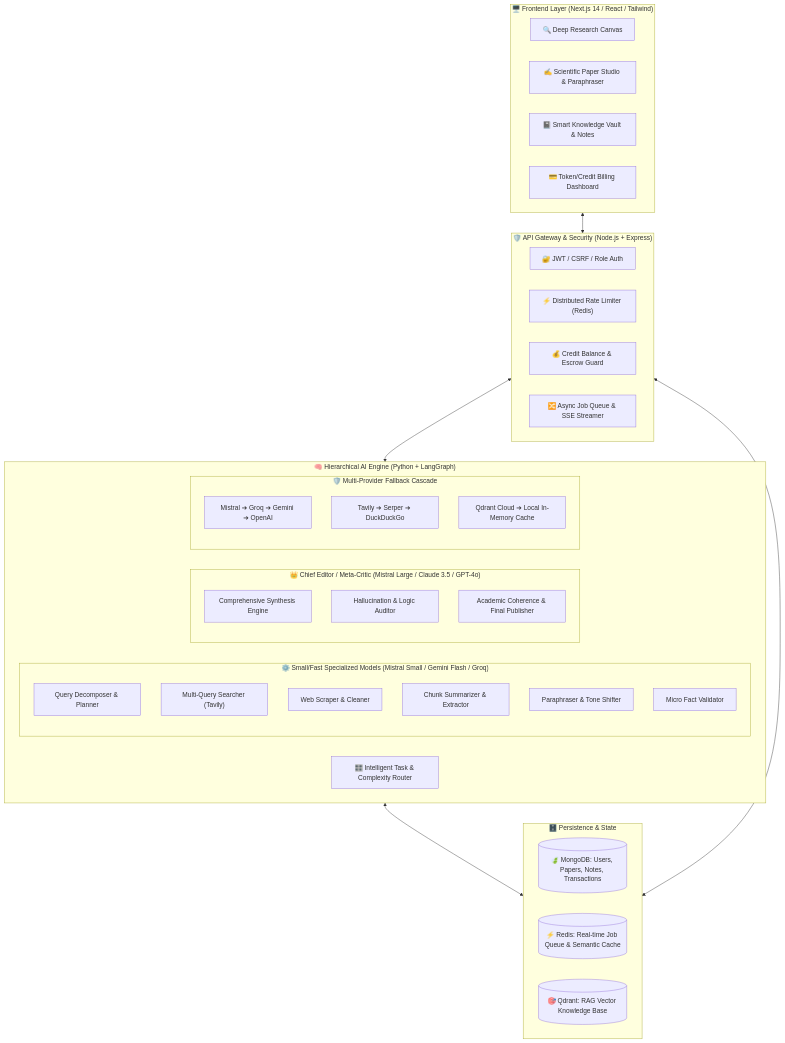
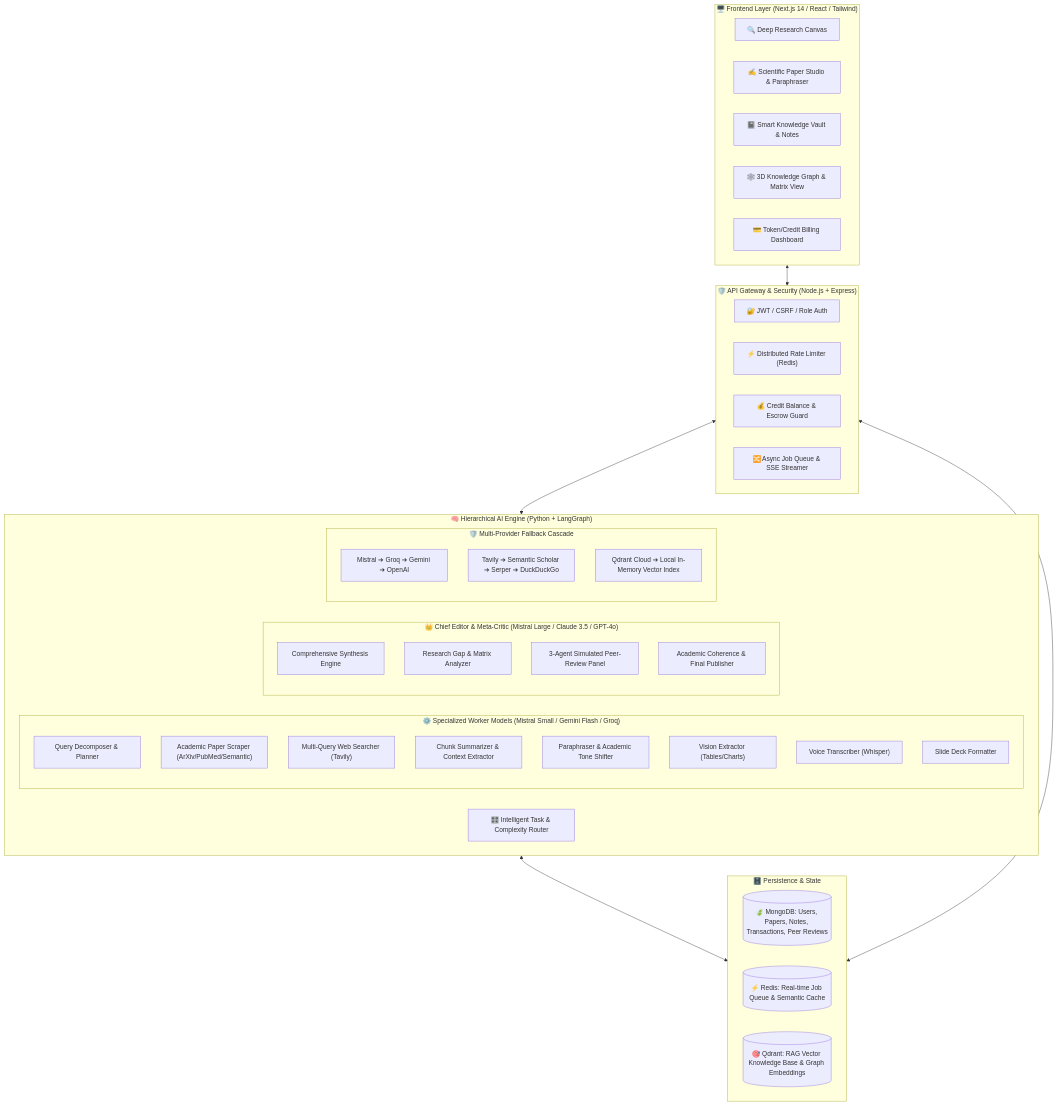
One commit to Anthic/MultiAgentPart-Backend-New changed the first of 3 diagrams in SYSTEM_ARCHITECTURE_AND_ROADMAP.md. Above: the diagram before and after it, drawn with Mermaid. The commit also changed other lines of this file, not shown here.

Commit message:
docs: update system architecture and roadmap documentation

````diff
--- a/SYSTEM_ARCHITECTURE_AND_ROADMAP.md
+++ b/SYSTEM_ARCHITECTURE_AND_ROADMAP.md
@@ -26,52 +35,56 @@
 ```mermaid
 flowchart TB
     subgraph ClientLayer ["🖥️ Frontend Layer (Next.js 14 / React / Tailwind)"]
         UI_Search["🔍 Deep Research Canvas"]
         UI_Editor["✍️ Scientific Paper Studio & Paraphraser"]
         UI_Notes["📓 Smart Knowledge Vault & Notes"]
+        UI_Visual["🕸️ 3D Knowledge Graph & Matrix View"]
         UI_Billing["💳 Token/Credit Billing Dashboard"]
     end
 
     subgraph GatewayLayer ["🛡️ API Gateway & Security (Node.js + Express)"]
         Auth["🔐 JWT / CSRF / Role Auth"]
         RateLimiter["⚡ Distributed Rate Limiter (Redis)"]
         CreditGuard["💰 Credit Balance & Escrow Guard"]
         JobRouter["🔀 Async Job Queue & SSE Streamer"]
     end
 
     subgraph AIOrchestrator ["🧠 Hierarchical AI Engine (Python + LangGraph)"]
         Router["🎛️ Intelligent Task & Complexity Router"]
         
-        subgraph WorkerTier ["⚙️ Small/Fast Specialized Models (Mistral Small / Gemini Flash / Groq)"]
+        subgraph WorkerTier ["⚙️ Specialized Worker Models (Mistral Small / Gemini Flash / Groq)"]
             W_Planner["Query Decomposer & Planner"]
-            W_Search["Multi-Query Searcher (Tavily)"]
-            W_Scrape["Web Scraper & Cleaner"]
-            W_Summ["Chunk Summarizer & Extractor"]
-            W_Para["Paraphraser & Tone Shifter"]
-            W_Fact["Micro Fact Validator"]
+            W_Academic["Academic Paper Scraper (ArXiv/PubMed/Semantic)"]
+            W_Search["Multi-Query Web Searcher (Tavily)"]
+            W_Summ["Chunk Summarizer & Context Extractor"]
+            W_Para["Paraphraser & Academic Tone Shifter"]
+            W_Vision["Vision Extractor (Tables/Charts)"]
+            W_Voice["Voice Transcriber (Whisper)"]
+            W_Slide["Slide Deck Formatter"]
         end
 
-        subgraph MasterTier ["👑 Chief Editor / Meta-Critic (Mistral Large / Claude 3.5 / GPT-4o)"]
+        subgraph MasterTier ["👑 Chief Editor & Meta-Critic (Mistral Large / Claude 3.5 / GPT-4o)"]
             M_Synthesizer["Comprehensive Synthesis Engine"]
-            M_Critic["Hallucination & Logic Auditor"]
+            M_Gap["Research Gap & Matrix Analyzer"]
+            M_Peer["3-Agent Simulated Peer-Review Panel"]
             M_Finalizer["Academic Coherence & Final Publisher"]
         end
 
         subgraph FallbackEngine ["🛡️ Multi-Provider Fallback Cascade"]
             FB_LLM["Mistral ➔ Groq ➔ Gemini ➔ OpenAI"]
-            FB_Search["Tavily ➔ Serper ➔ DuckDuckGo"]
-            FB_Vector["Qdrant Cloud ➔ Local In-Memory Cache"]
+            FB_Search["Tavily ➔ Semantic Scholar ➔ Serper ➔ DuckDuckGo"]
+            FB_Vector["Qdrant Cloud ➔ Local In-Memory Vector Index"]
         end
     end
 
     subgraph StorageLayer ["🗄️ Persistence & State"]
-        MongoDB[("🍃 MongoDB: Users, Papers, Notes, Transactions")]
+        MongoDB[("🍃 MongoDB: Users, Papers, Notes, Transactions, Peer Reviews")]
         UpstashRedis[("⚡ Redis: Real-time Job Queue & Semantic Cache")]
-        QdrantDB[("🎯 Qdrant: RAG Vector Knowledge Base")]
+        QdrantDB[("🎯 Qdrant: RAG Vector Knowledge Base & Graph Embeddings")]
     end
 
     ClientLayer <--> GatewayLayer
     GatewayLayer <--> AIOrchestrator
     AIOrchestrator <--> StorageLayer
     GatewayLayer <--> StorageLayer
 ```
````
